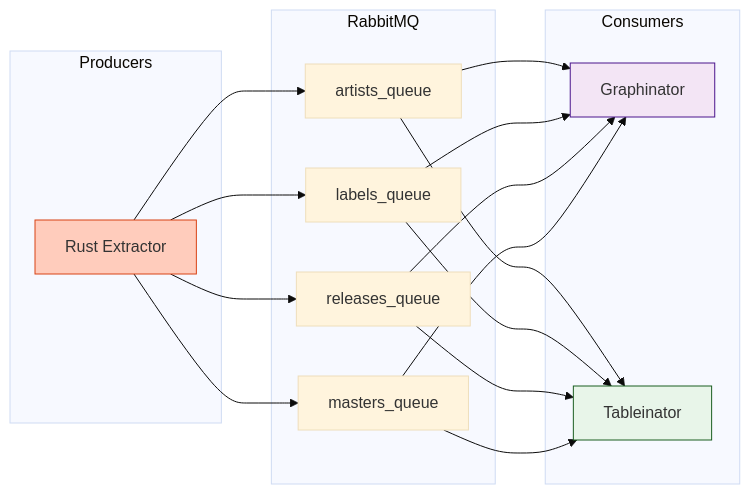
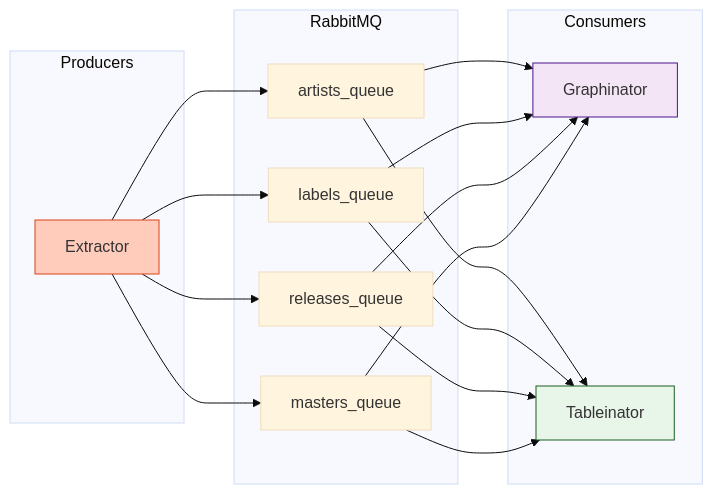
One commit to groovemap-music/deployment changed the second of 2 diagrams in docs/architecture.md. Above: the diagram before and after it, drawn with Mermaid (base theme). The commit also changed other lines of this file and 8 other files, not shown here.

````diff
--- a/docs/architecture.md
+++ b/docs/architecture.md
@@ -272,36 +272,36 @@
 ```mermaid
 graph LR
     subgraph Producers
-        RSEXT[Rust Extractor]
+        EXT[Extractor]
     end
 
     subgraph RabbitMQ
         AQ[artists_queue]
         LQ[labels_queue]
         RQ[releases_queue]
         MQ[masters_queue]
     end
 
     subgraph Consumers
         GRAPH[Graphinator]
         TABLE[Tableinator]
     end
 
-    RSEXT --> AQ
-    RSEXT --> LQ
-    RSEXT --> RQ
-    RSEXT --> MQ
+    EXT --> AQ
+    EXT --> LQ
+    EXT --> RQ
+    EXT --> MQ
 
     AQ --> GRAPH
     AQ --> TABLE
     LQ --> GRAPH
     LQ --> TABLE
     RQ --> GRAPH
     RQ --> TABLE
     MQ --> GRAPH
     MQ --> TABLE
 
-    style RSEXT fill:#ffccbc,stroke:#d84315
+    style EXT fill:#ffccbc,stroke:#d84315
     style GRAPH fill:#f3e5f5,stroke:#4a148c
     style TABLE fill:#e8f5e9,stroke:#1b5e20
 ```
````
